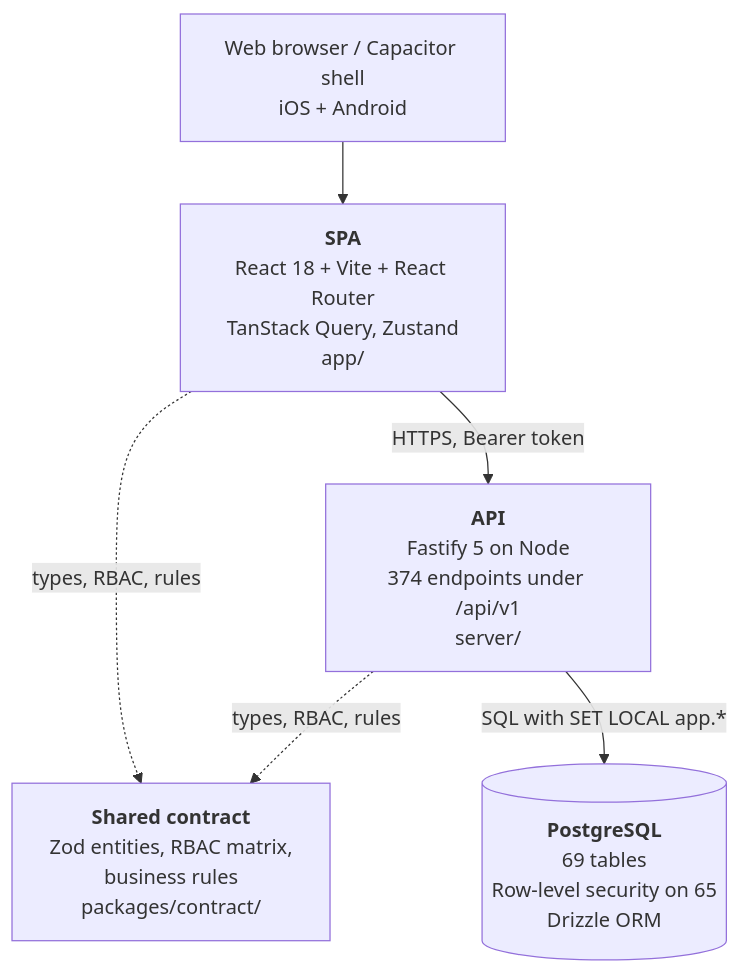
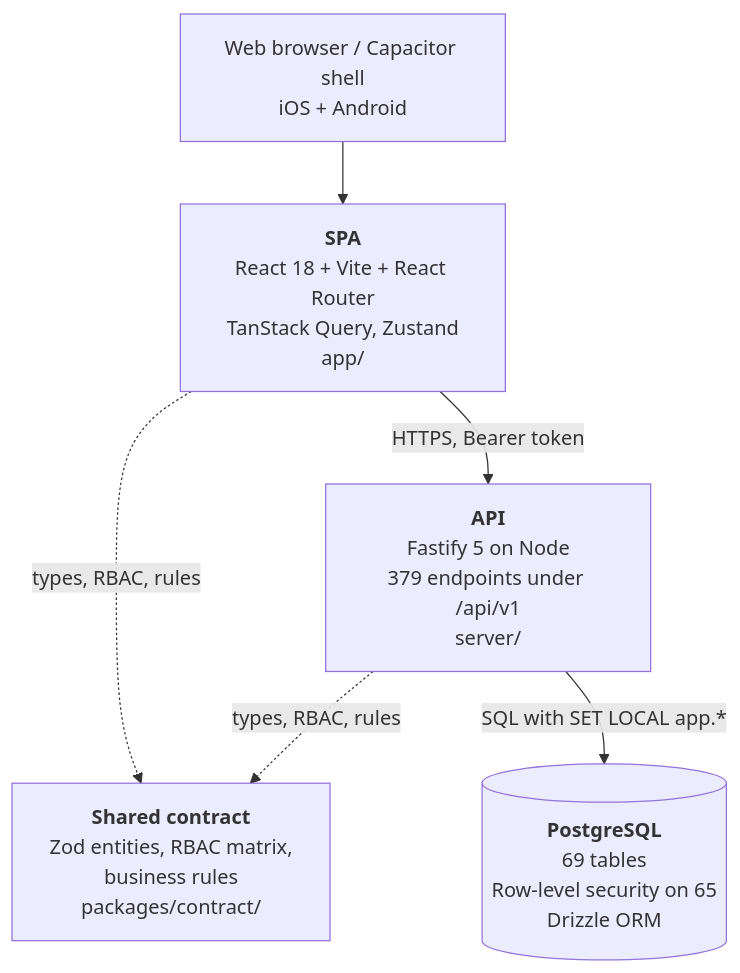
Before and after one commit to tazamohd/SlClNe: the second of 4 diagrams in docs/15_C4_ARCHITECTURE_DIAGRAMS/C4_MODEL.md, drawn with Mermaid. The commit also changed other lines of this file and 46 other files, not shown here.

````diff
--- a/docs/15_C4_ARCHITECTURE_DIAGRAMS/C4_MODEL.md
+++ b/docs/15_C4_ARCHITECTURE_DIAGRAMS/C4_MODEL.md
@@ -42,13 +42,13 @@
 ```mermaid
 flowchart TB
   browser["Web browser / Capacitor shell<br/>iOS + Android"]
   spa["<b>SPA</b><br/>React 18 + Vite + React Router<br/>TanStack Query, Zustand<br/>app/"]
-  api["<b>API</b><br/>Fastify 5 on Node<br/>374 endpoints under /api/v1<br/>server/"]
+  api["<b>API</b><br/>Fastify 5 on Node<br/>379 endpoints under /api/v1<br/>server/"]
   contract["<b>Shared contract</b><br/>Zod entities, RBAC matrix,<br/>business rules<br/>packages/contract/"]
   db[("<b>PostgreSQL</b><br/>69 tables<br/>Row-level security on 65<br/>Drizzle ORM")]
   browser --> spa
   spa -->|"HTTPS, Bearer token"| api
   spa -.->|"types, RBAC, rules"| contract
   api -.->|"types, RBAC, rules"| contract
   api -->|"SQL with SET LOCAL app.*"| db
 ```
````
